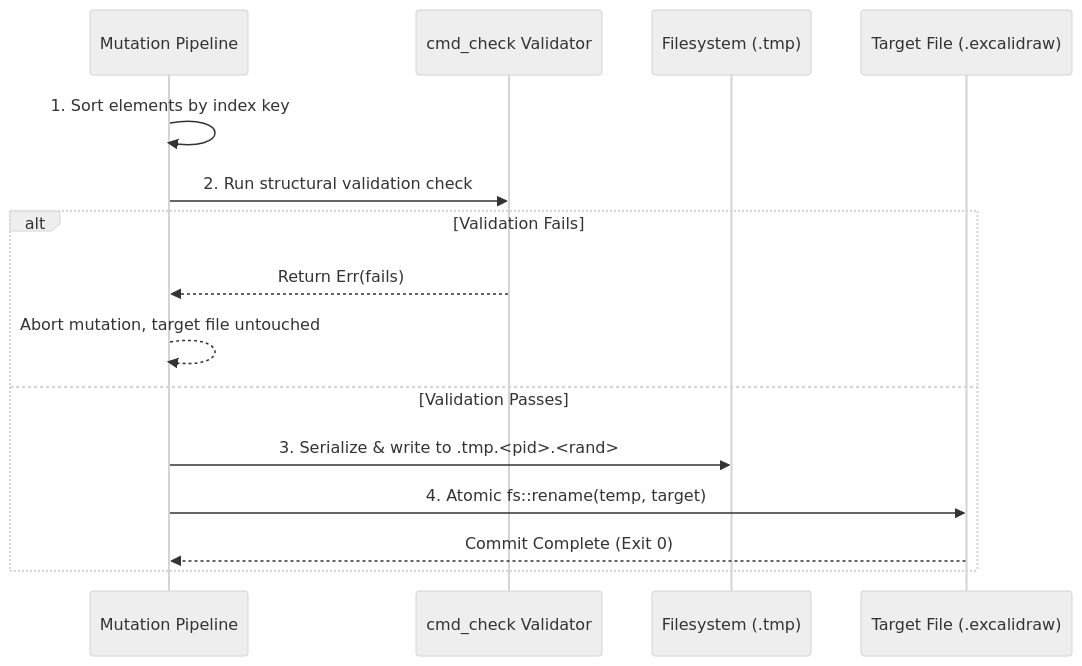
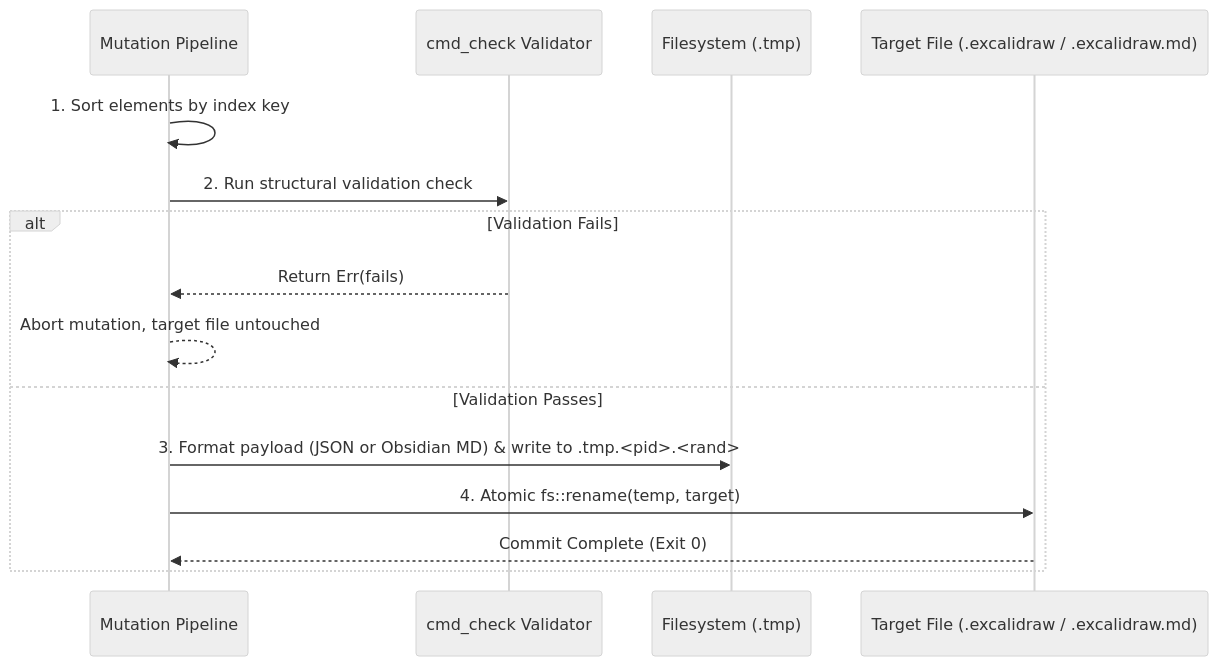
Before and after one commit to nicsuzor/mem: the second of 2 diagrams in specs/excalidraw-tooling.md, drawn with Mermaid (neutral theme). The commit also changed other lines of this file and 2 other files, not shown here.

First line of the commit message:
feat(excalidraw): integrate mcp_excalidraw features into pkb-excalidraw

````diff
--- a/specs/excalidraw-tooling.md
+++ b/specs/excalidraw-tooling.md
@@ -482,18 +695,18 @@
 ```mermaid
 sequenceDiagram
     participant CLI as Mutation Pipeline
     participant Val as cmd_check Validator
     participant Disk as Filesystem (.tmp)
-    participant Target as Target File (.excalidraw)
+    participant Target as Target File (.excalidraw / .excalidraw.md)
 
     CLI->>CLI: 1. Sort elements by index key
     CLI->>Val: 2. Run structural validation check
     alt Validation Fails
         Val-->>CLI: Return Err(fails)
         CLI-->>CLI: Abort mutation, target file untouched
     else Validation Passes
-        CLI->>Disk: 3. Serialize & write to .tmp.<pid>.<rand>
+        CLI->>Disk: 3. Format payload (JSON or Obsidian MD) & write to .tmp.<pid>.<rand>
         CLI->>Target: 4. Atomic fs::rename(temp, target)
         Target-->>CLI: Commit Complete (Exit 0)
     end
 ```
````
